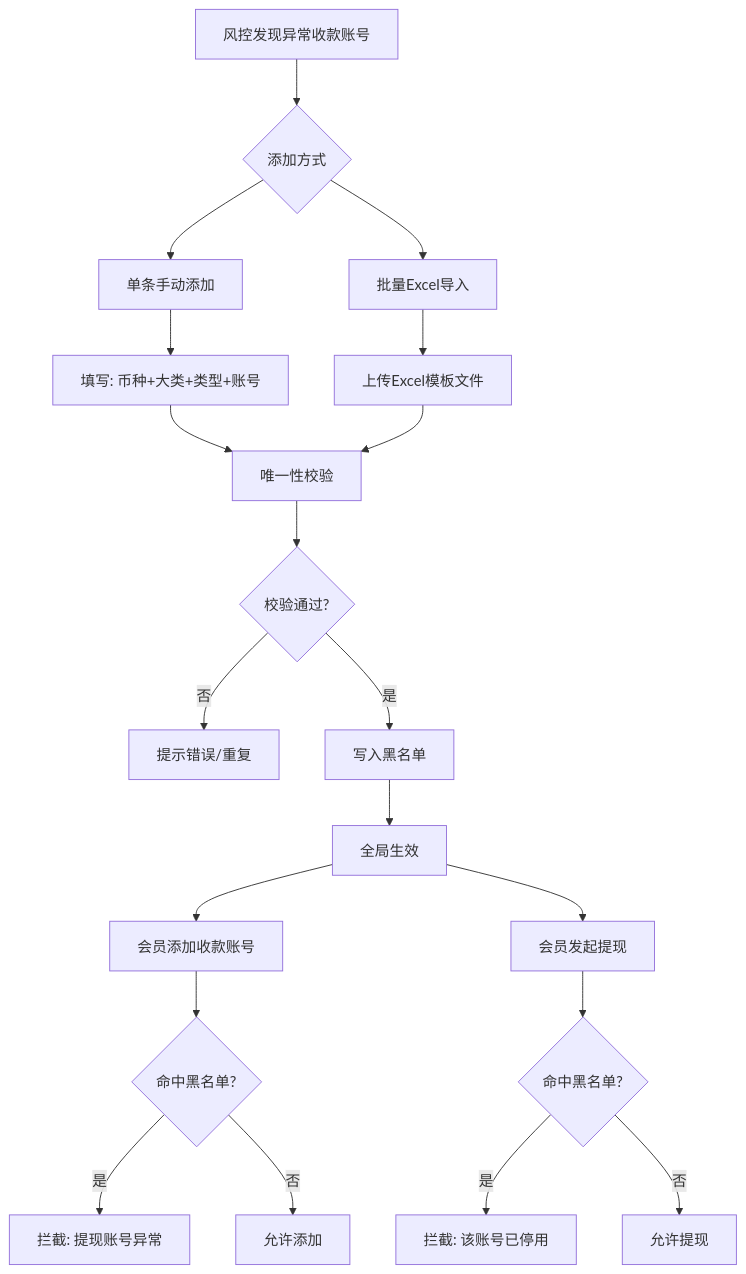
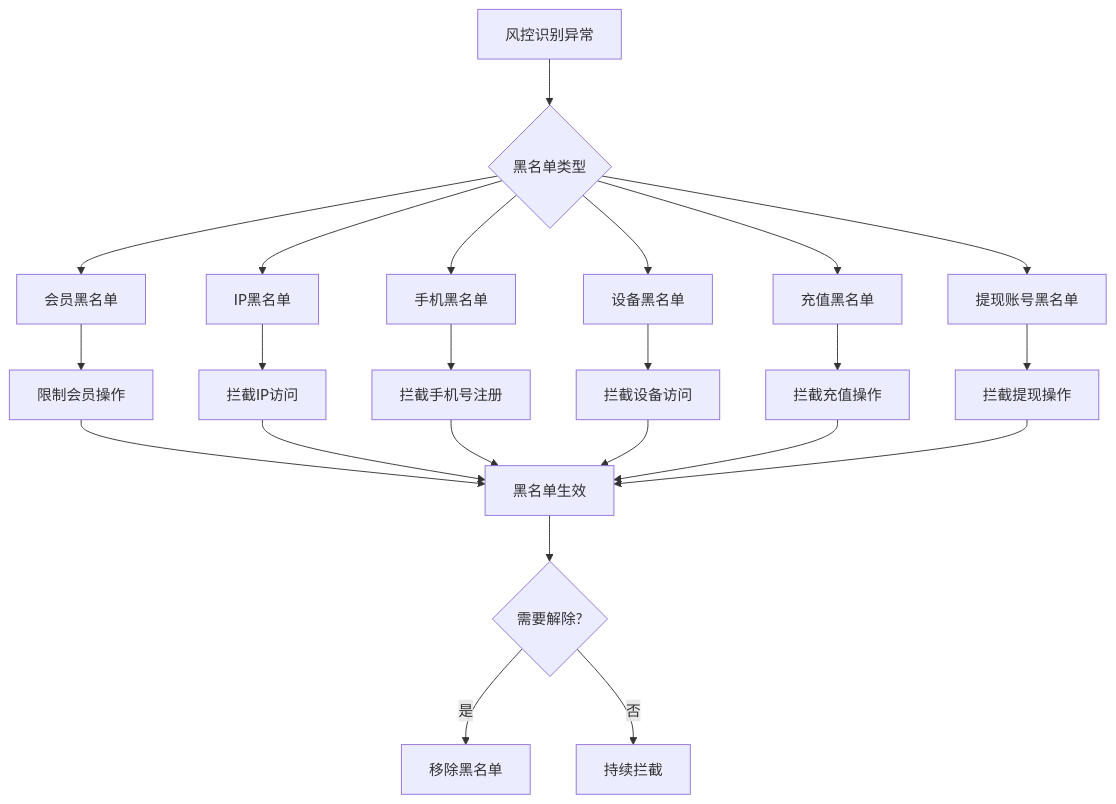
The diagram in PRD-020-黑名单管理模块.md (bawan-ctrl/hxjjprd), drawn with Mermaid before and after one commit. The commit also changed other lines of this file, not shown here.

````diff
--- a/PRD-020-黑名单管理模块.md
+++ b/PRD-020-黑名单管理模块.md
@@ -43,30 +28,28 @@
 ```mermaid
 graph TD
-    A[风控发现异常收款账号] --> B{添加方式}
-    B --> C[单条手动添加]
-    B --> D[批量Excel导入]
+    A[风控识别异常] --> B{黑名单类型}
+    B --> C[会员黑名单]
+    B --> D[IP黑名单]
+    B --> E[手机黑名单]
+    B --> F[设备黑名单]
+    B --> G[充值黑名单]
+    B --> H[提现账号黑名单]
     
-    C --> E[填写: 币种+大类+类型+账号]
-    D --> F[上传Excel模板文件]
+    C --> I[限制会员操作]
+    D --> J[拦截IP访问]
+    E --> K[拦截手机号注册]
+    F --> L[拦截设备访问]
+    G --> M[拦截充值操作]
+    H --> N[拦截提现操作]
     
-    E --> G[唯一性校验]
-    F --> G
+    I --> O[黑名单生效]
+    J --> O
+    K --> O
+    L --> O
+    M --> O
+    N --> O
     
-    G --> H{校验通过?}
-    H -- 否 --> I[提示错误/重复]
-    H -- 是 --> J[写入黑名单]
-    
-    J --> K[全局生效]
-    
-    K --> L[会员添加收款账号]
-    K --> M[会员发起提现]
-    
-    L --> N{命中黑名单?}
-    M --> O{命中黑名单?}
-    
-    N -- 是 --> P[拦截: 提现账号异常]
-    O -- 是 --> Q[拦截: 该账号已停用]
-    
-    N -- 否 --> R[允许添加]
-    O -- 否 --> S[允许提现]
+    O --> P{需要解除?}
+    P -- 是 --> Q[移除黑名单]
+    P -- 否 --> R[持续拦截]
 ```
````
